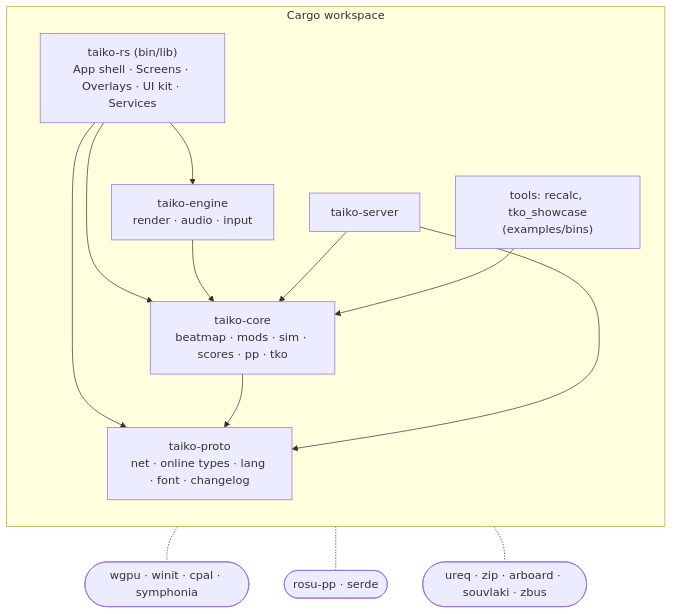
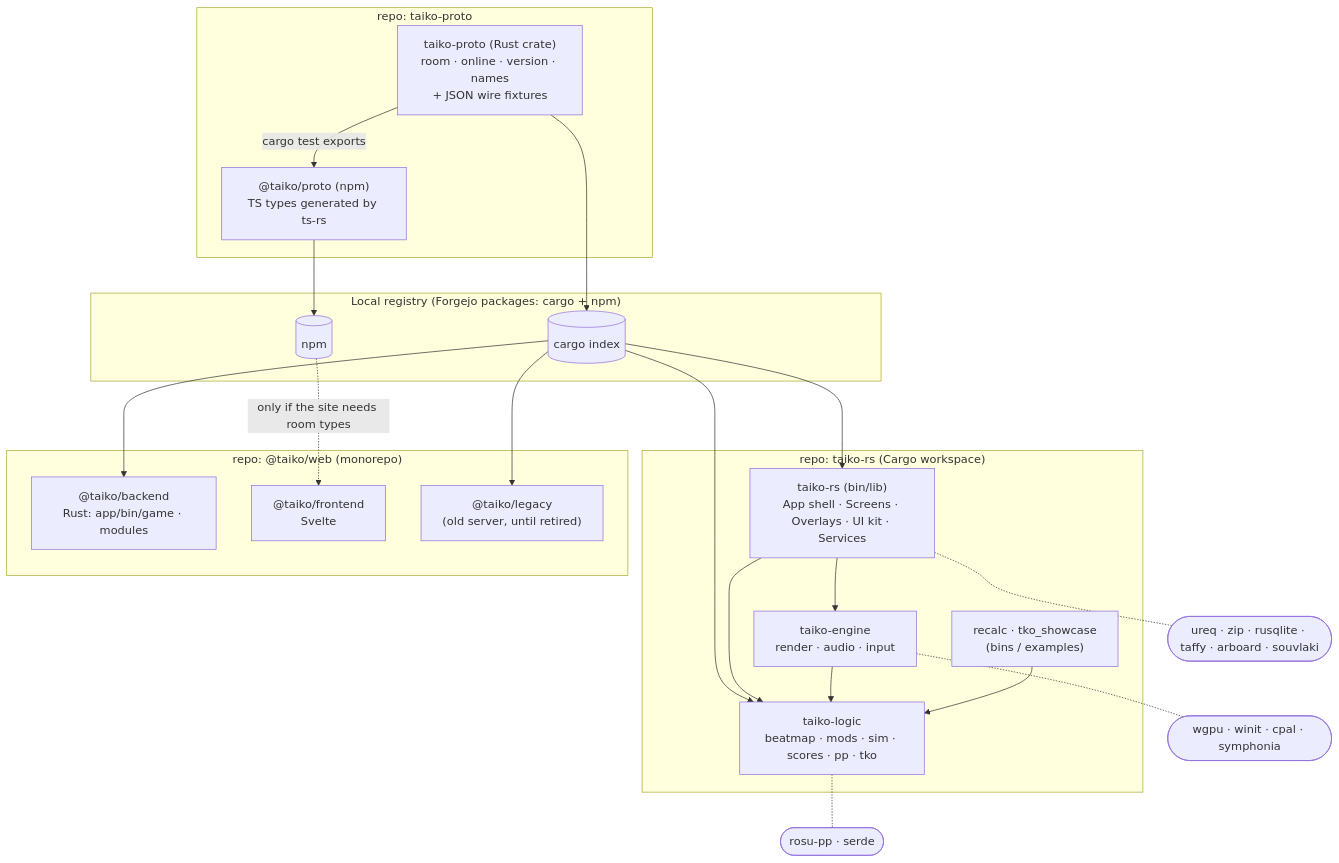
One commit to Lynerrr/taiko-rs changed the second of 5 diagrams in docs/client-architecture.md. Above: the diagram before and after it, drawn with Mermaid. The commit also changed other lines of this file, not shown here.

First line of the commit message:
docs(client-architecture): answer review round 1

````diff
--- a/docs/client-architecture.md
+++ b/docs/client-architecture.md
@@ -146,25 +156,40 @@
 ```mermaid
 flowchart TB
-    subgraph ws[Cargo workspace]
-        direction TB
+    subgraph protorepo["repo: taiko-proto"]
+        proto["taiko-proto (Rust crate)<br/>room · online · version · names<br/>+ JSON wire fixtures"]
+        protots["@taiko/proto (npm)<br/>TS types generated by ts-rs"]
+        proto -- "cargo test exports" --> protots
+    end
+
+    subgraph registry["Local registry (Forgejo packages: cargo + npm)"]
+        regcargo[("cargo index")]
+        regnpm[("npm")]
+    end
+
+    subgraph client["repo: taiko-rs (Cargo workspace)"]
         app["taiko-rs (bin/lib)<br/>App shell · Screens · Overlays · UI kit · Services"]
         engine["taiko-engine<br/>render · audio · input"]
-        core["taiko-core<br/>beatmap · mods · sim · scores · pp · tko"]
-        proto["taiko-proto<br/>net · online types · lang · font · changelog"]
-        server["taiko-server"]
-        tools["tools: recalc, tko_showcase<br/>(examples/bins)"]
+        logic["taiko-logic<br/>beatmap · mods · sim · scores · pp · tko"]
+        tools["recalc · tko_showcase<br/>(bins / examples)"]
     end
 
+    subgraph web["repo: @taiko/web (monorepo)"]
+        backend["@taiko/backend<br/>Rust: app/bin/game · modules"]
+        frontend["@taiko/frontend<br/>Svelte"]
+        legacy["@taiko/legacy<br/>(old server, until retired)"]
+    end
+
+    proto --> regcargo
+    protots --> regnpm
+    regcargo --> app & logic & backend & legacy
+    regnpm -. "only if the site needs room types" .-> frontend
+
     app --> engine
-    app --> core
-    app --> proto
-    engine --> core
-    core --> proto
-    server --> proto
-    server --> core
-    tools --> core
+    app --> logic
+    engine --> logic
+    tools --> logic
 
     engine -.- ext1(["wgpu · winit · cpal · symphonia"])
-    core -.- ext2(["rosu-pp · serde"])
-    app -.- ext3(["ureq · zip · arboard · souvlaki · zbus"])
+    logic -.- ext2(["rosu-pp · serde"])
+    app -.- ext3(["ureq · zip · rusqlite · taffy · arboard · souvlaki"])
 ```
````
